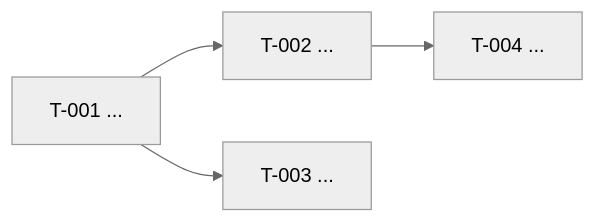
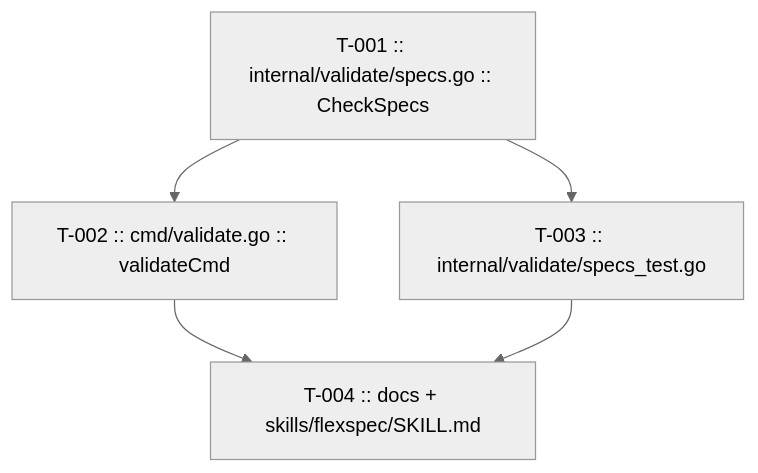
The third of 3 diagrams in .flexspec/templates/expanded/flexspec-expanded.md (joshk418/flexspec), drawn with Mermaid (neutral theme) before and after one commit. The commit also changed other lines of this file and 6 other files, not shown here.

````diff
--- a/.flexspec/templates/expanded/flexspec-expanded.md
+++ b/.flexspec/templates/expanded/flexspec-expanded.md
@@ -145,6 +185,12 @@
 ```mermaid
-flowchart LR
-    T1[T-001 ...] --> T2[T-002 ...]
-    T1 --> T3[T-003 ...]
-    T2 --> T4[T-004 ...]
+flowchart TD
+    T001["T-001 :: internal/validate/specs.go :: CheckSpecs"]
+    T002["T-002 :: cmd/validate.go :: validateCmd"]
+    T003["T-003 :: internal/validate/specs_test.go"]
+    T004["T-004 :: docs + skills/flexspec/SKILL.md"]
+
+    T001 --> T002
+    T001 --> T003
+    T002 --> T004
+    T003 --> T004
 ```
````
